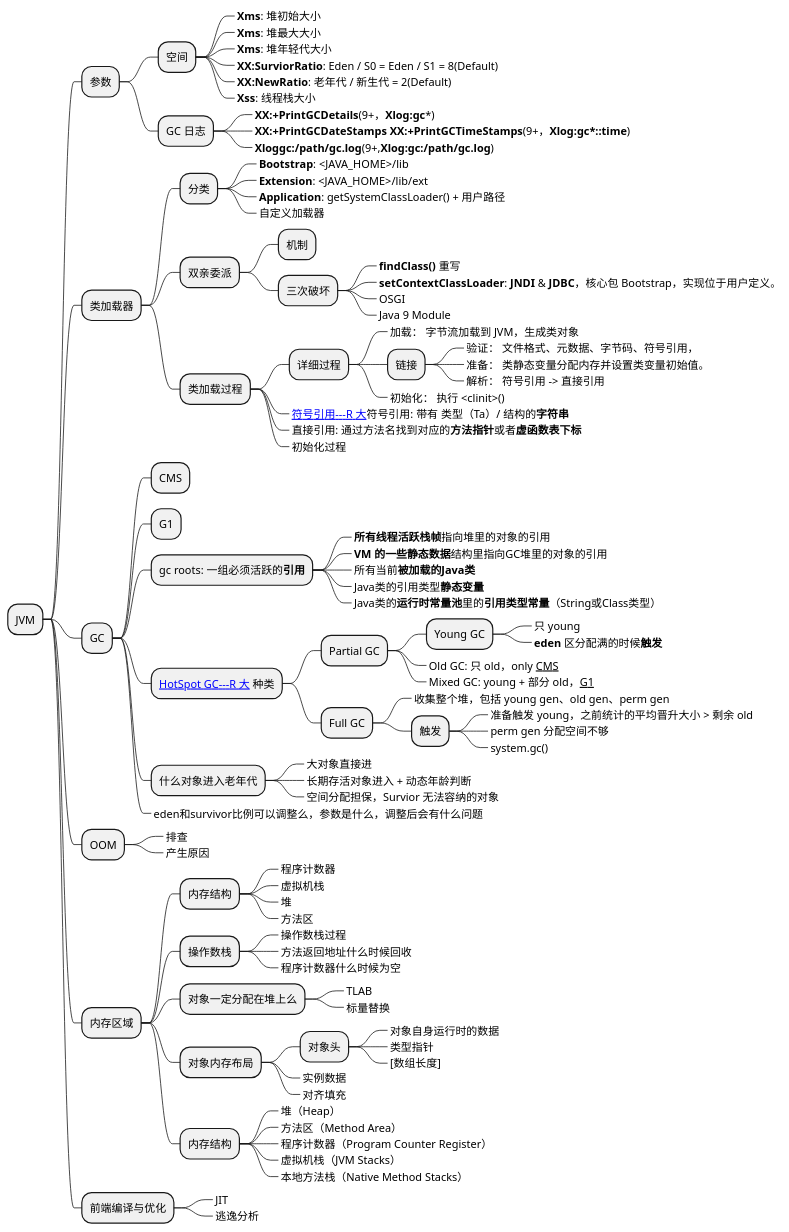
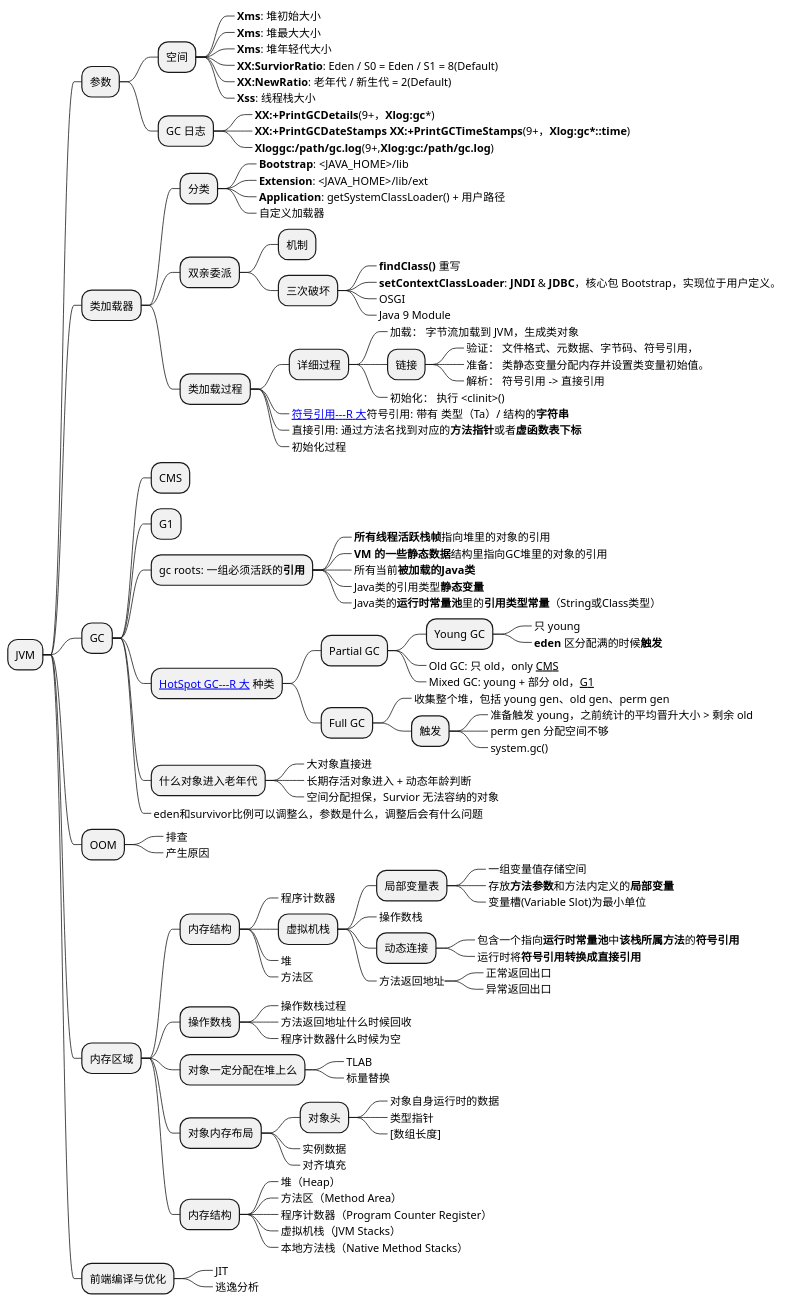
Before and after one commit to Gh0st99/Gh0st99.github.io: the second of 11 diagrams in _posts/2021-05-27-查漏补缺.md, drawn with PlantUML. The commit also changed other lines of this file and 1 other file, not shown here.

```diff
--- a/_posts/2021-05-27-查漏补缺.md
+++ b/_posts/2021-05-27-查漏补缺.md
@@ -299,7 +299,18 @@
 ** 内存区域
 *** 内存结构
 ****_ 程序计数器
-****_ 虚拟机栈
+**** 虚拟机栈
+***** 局部变量表
+******_ 一组变量值存储空间
+******_ 存放**方法参数**和方法内定义的**局部变量**
+******_ 变量槽(Variable Slot)为最小单位
+*****_ 操作数栈
+***** 动态连接
+******_ 包含一个指向**运行时常量池**中**该栈所属方法**的**符号引用**
+******_ 运行时将**符号引用转换成直接引用**
+*****_ 方法返回地址
+******_ 正常返回出口
+******_ 异常返回出口
 ****_ 堆
 ****_ 方法区
 
```
